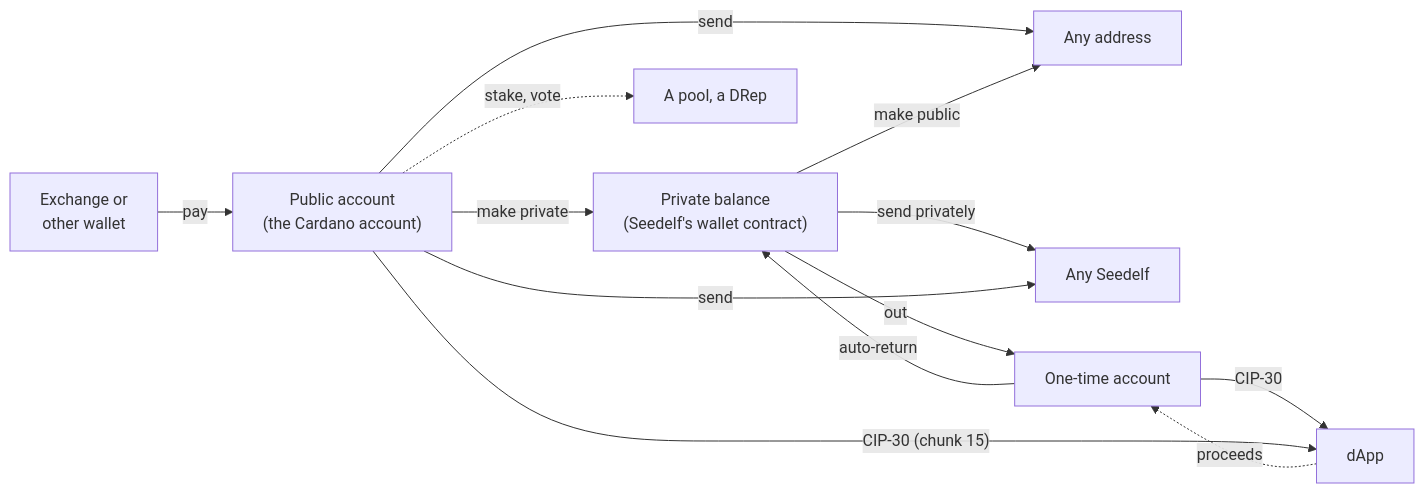
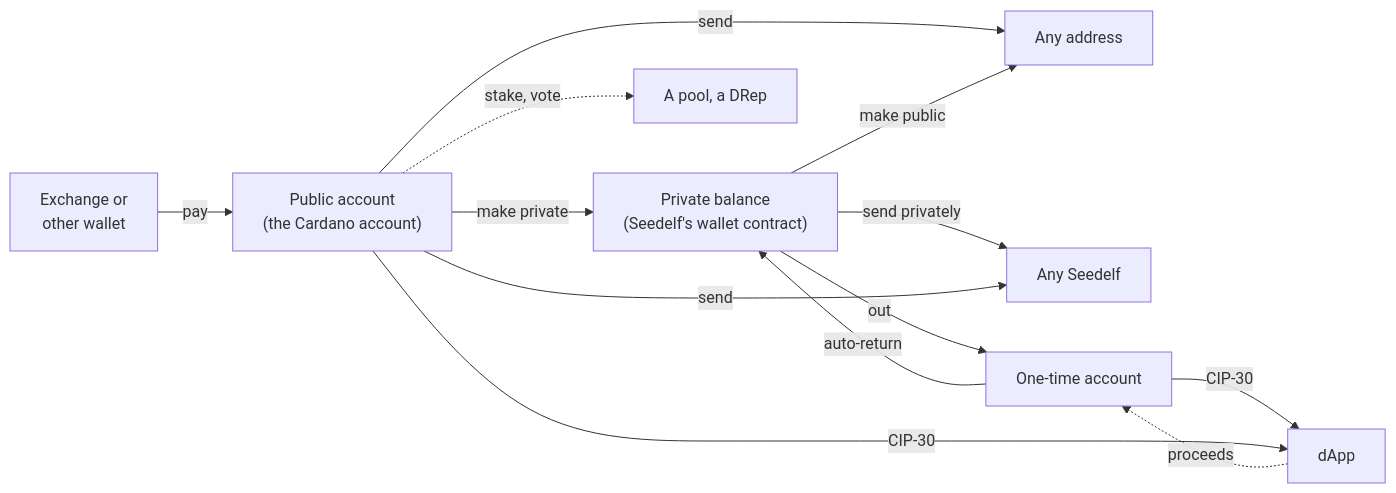
One commit to logical-mechanism/Seedelf-Wallet changed the diagram in seedelf-platform/seedelf-web-wallet/docs/flows.md. Above: the diagram before and after it, drawn with Mermaid. The commit also changed other lines of this file and 38 other files, not shown here.

````diff
--- a/seedelf-platform/seedelf-web-wallet/docs/flows.md
+++ b/seedelf-platform/seedelf-web-wallet/docs/flows.md
@@ -5,15 +5,15 @@
 ```mermaid
 flowchart LR
   Ext["Exchange or<br/>other wallet"] -- "pay" --> Dep["Public account<br/>(the Cardano account)"]
   Dep -- "make private" --> S["Private balance<br/>(Seedelf's wallet contract)"]
   Dep -- "send" --> Addr
   Dep -. "stake, vote" .-> Pool["A pool, a DRep"]
   S -- "send privately" --> Other["Any Seedelf"]
   Dep -- "send" --> Other
   S -- "make public" --> Addr["Any address"]
   S -- "out" --> OT["One-time account"]
   OT -- "CIP-30" --> D["dApp"]
-  Dep -- "CIP-30 (chunk 15)" --> D
+  Dep -- "CIP-30" --> D
   D -. "proceeds" .-> OT
   OT -- "auto-return" --> S
 ```
````
